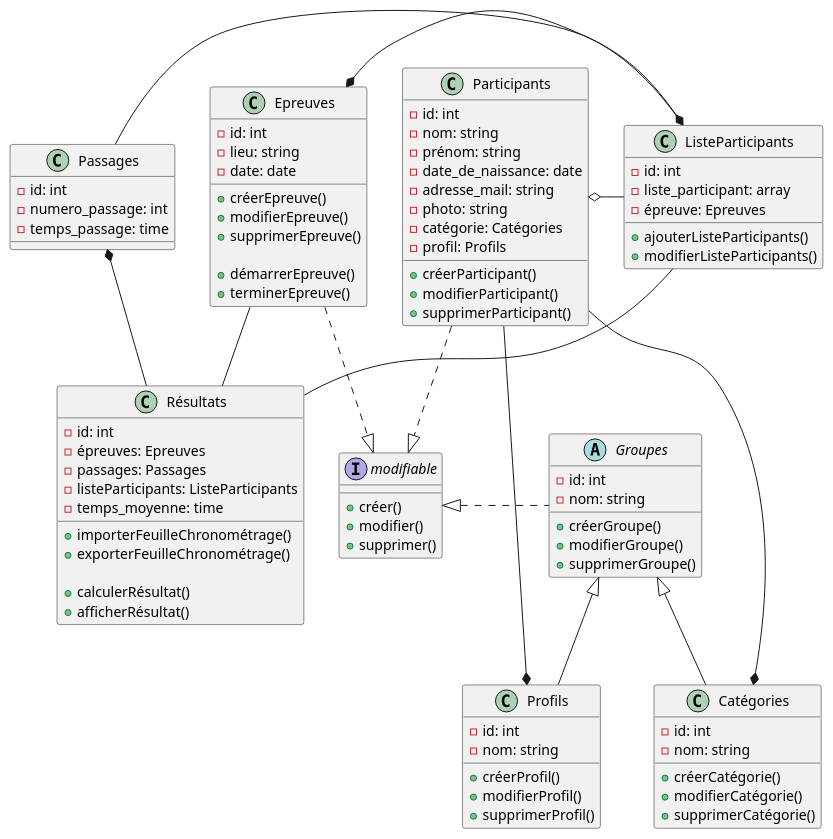
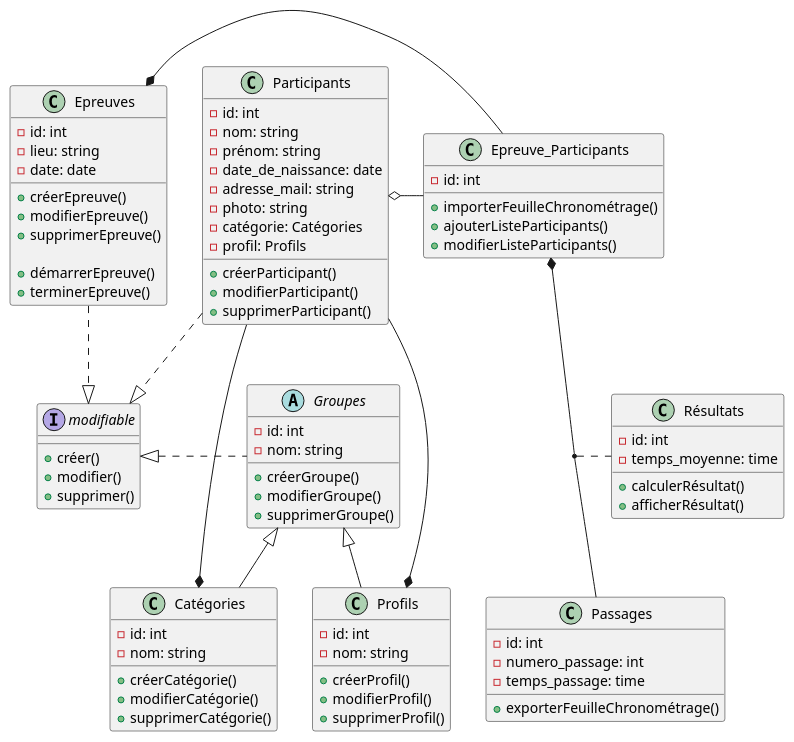
Before and after one commit to danielp67/Ski_Championship_Manager_PHP: the diagram in diagram/diag_championnat_ski copy 2.plantuml, drawn with PlantUML. The commit also changed 10 other files, not shown here.

Commit message:
review of DB and uml

```diff
--- a/diagram/diag_championnat_ski copy 2.plantuml
+++ b/diagram/diag_championnat_ski copy 2.plantuml
@@ -1,115 +1,108 @@
 @startuml championnat_ski
 
 class Epreuves{
     - id: int
     - lieu: string
     - date: date
 
     + créerEpreuve()
     + modifierEpreuve()
     + supprimerEpreuve()
 
     + démarrerEpreuve()
     + terminerEpreuve()
 }
 
-class ListeParticipants{
+class Epreuve_Participants{
     - id: int
-    - liste_participant: array
-    - épreuve: Epreuves
-
+ 
+    + importerFeuilleChronométrage()
     + ajouterListeParticipants()
     + modifierListeParticipants()
 }
 
 class Participants{
     - id: int
     - nom: string
     - prénom: string
     - date_de_naissance: date
     - adresse_mail: string
     - photo: string
     - catégorie: Catégories
     - profil: Profils
 
     + créerParticipant()
     + modifierParticipant()
     + supprimerParticipant()
 
 }
 
 class Passages{
     - id: int
     - numero_passage: int
     - temps_passage: time
 
+   
+    + exporterFeuilleChronométrage()
 }
 
 class Résultats{
     - id: int
-    - épreuves: Epreuves
-    - passages: Passages
-    - listeParticipants: ListeParticipants
     - temps_moyenne: time
-
-    + importerFeuilleChronométrage()
-    + exporterFeuilleChronométrage()
 
     + calculerRésultat()
     + afficherRésultat()
 }
 
 abstract class Groupes{
     - id: int
     - nom: string
 
     + créerGroupe()
     + modifierGroupe()
     + supprimerGroupe()
 }
 
 class Catégories{
     - id: int
     - nom: string
 
     + créerCatégorie()
     + modifierCatégorie()
     + supprimerCatégorie()
 }
 
 class Profils{
     - id: int
     - nom: string
     
     + créerProfil()
     + modifierProfil()
     + supprimerProfil()
 }
 
 
 interface modifiable
 {
     + créer()
     + modifier()
     + supprimer()
 }
 
 Epreuves .right.|> modifiable
 Participants ..|> modifiable
 Groupes .left.|> modifiable
 
 Groupes <|-- Catégories
 Groupes <|-- Profils
 
-Epreuves *-right- ListeParticipants
-ListeParticipants -left-o Participants
+Epreuves *-right- Epreuve_Participants
+Epreuve_Participants -left-o Participants
 
-ListeParticipants *-left- Passages
-Passages *-right- Résultats
-Epreuves -- Résultats
-ListeParticipants -- Résultats
+Epreuve_Participants *-- Passages
+(Epreuve_Participants, Passages) .. Résultats
 Participants --* Profils
 Participants --* Catégories
 
  
 @enduml
```
